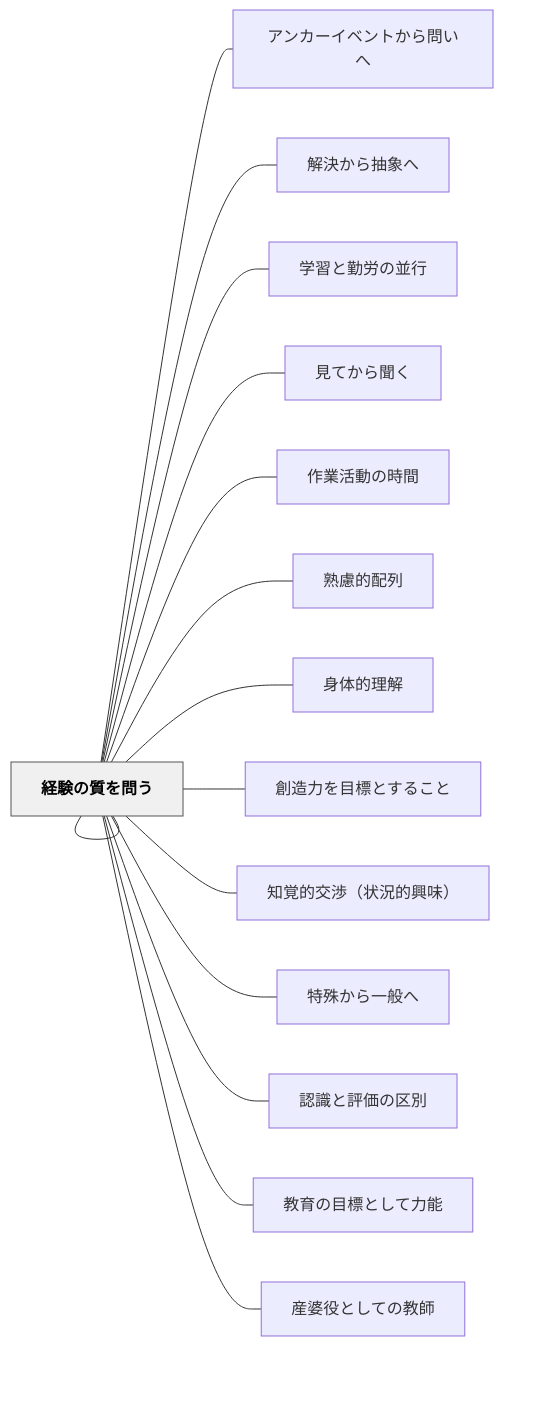
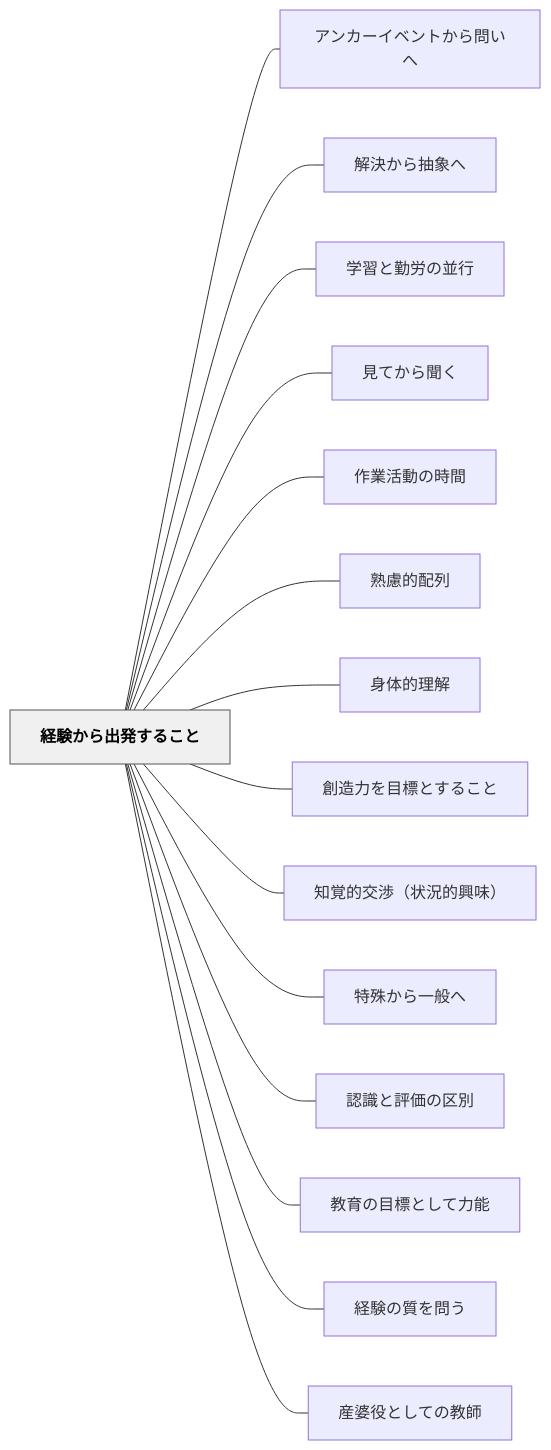
The diagram in content/パタン/経験から出発すること.md (unknownthings-ed-patterns/unknownthings-ed-patterns), drawn with Mermaid before and after one commit. The commit also changed 527 other files, not shown here.

````diff
--- a/content/パタン/経験から出発すること.md
+++ b/content/パタン/経験から出発すること.md
@@ -130,36 +130,36 @@
 ```mermaid
 flowchart LR
-    ne7b58ce9a893["経験から出発すること"]
-    ne382a2e383b3["アンカーイベントから問いへ"]
-    ne8a7a3e6b1ba["解決から抽象へ"]
-    ne5ada6e7bf92["学習と勤労の並行"]
-    ne8a68be381a6["見てから聞く"]
-    ne4bd9ce6a5ad["作業活動の時間"]
-    ne7869fe685ae["熟慮的配列"]
-    ne8baabe4bd93["身体的理解"]
-    ne589b5e980a0["創造力を目標とすること"]
-    ne79fa5e8a69a["知覚的交渉（状況的興味）"]
-    ne789b9e6ae8a["特殊から一般へ"]
-    ne8aa8de8ad98["認識と評価の区別"]
-    ne69599e882b2["教育の目標として力能"]
-    ne7b58ce9a893["経験の質を問う"]
-    ne794a3e5a986["産婆役としての教師"]
+    ne7b58ce9a893e3818be38289e587bae799bae38199e3828be38193e381a8["経験から出発すること"]
+    ne382a2e383b3e382abe383bce382a4e38399e383b3e38388e3818be38289e5958fe38184e381b8["アンカーイベントから問いへ"]
+    ne8a7a3e6b1bae3818be38289e68abde8b1a1e381b8["解決から抽象へ"]
+    ne5ada6e7bf92e381a8e58ba4e58ab4e381aee4b8a6e8a18c["学習と勤労の並行"]
+    ne8a68be381a6e3818be38289e8819ee3818f["見てから聞く"]
+    ne4bd9ce6a5ade6b4bbe58b95e381aee69982e99693["作業活動の時間"]
+    ne7869fe685aee79a84e9858de58897["熟慮的配列"]
+    ne8baabe4bd93e79a84e79086e8a7a3["身体的理解"]
+    ne589b5e980a0e58a9be38292e79baee6a899e381a8e38199e3828be38193e381a8["創造力を目標とすること"]
+    ne79fa5e8a69ae79a84e4baa4e6b889efbc88e78ab6e6b381e79a84e88888e591b3efbc89["知覚的交渉（状況的興味）"]
+    ne789b9e6ae8ae3818be38289e4b880e888ace381b8["特殊から一般へ"]
+    ne8aa8de8ad98e381a8e8a995e4bea1e381aee58cbae588a5["認識と評価の区別"]
+    ne69599e882b2e381aee79baee6a899e381a8e38197e381a6e58a9be883bd["教育の目標として力能"]
+    ne7b58ce9a893e381aee8b3aae38292e5958fe38186["経験の質を問う"]
+    ne794a3e5a986e5bdb9e381a8e38197e381a6e381aee69599e5b8ab["産婆役としての教師"]
 
-    ne7b58ce9a893 --- ne382a2e383b3
-    ne7b58ce9a893 --- ne8a7a3e6b1ba
-    ne7b58ce9a893 --- ne5ada6e7bf92
-    ne7b58ce9a893 --- ne8a68be381a6
-    ne7b58ce9a893 --- ne4bd9ce6a5ad
-    ne7b58ce9a893 --- ne7869fe685ae
-    ne7b58ce9a893 --- ne8baabe4bd93
-    ne7b58ce9a893 --- ne589b5e980a0
-    ne7b58ce9a893 --- ne79fa5e8a69a
-    ne7b58ce9a893 --- ne789b9e6ae8a
-    ne7b58ce9a893 --- ne8aa8de8ad98
-    ne7b58ce9a893 --- ne69599e882b2
-    ne7b58ce9a893 --- ne7b58ce9a893
-    ne7b58ce9a893 --- ne794a3e5a986
+    ne7b58ce9a893e3818be38289e587bae799bae38199e3828be38193e381a8 --- ne382a2e383b3e382abe383bce382a4e38399e383b3e38388e3818be38289e5958fe38184e381b8
+    ne7b58ce9a893e3818be38289e587bae799bae38199e3828be38193e381a8 --- ne8a7a3e6b1bae3818be38289e68abde8b1a1e381b8
+    ne7b58ce9a893e3818be38289e587bae799bae38199e3828be38193e381a8 --- ne5ada6e7bf92e381a8e58ba4e58ab4e381aee4b8a6e8a18c
+    ne7b58ce9a893e3818be38289e587bae799bae38199e3828be38193e381a8 --- ne8a68be381a6e3818be38289e8819ee3818f
+    ne7b58ce9a893e3818be38289e587bae799bae38199e3828be38193e381a8 --- ne4bd9ce6a5ade6b4bbe58b95e381aee69982e99693
+    ne7b58ce9a893e3818be38289e587bae799bae38199e3828be38193e381a8 --- ne7869fe685aee79a84e9858de58897
+    ne7b58ce9a893e3818be38289e587bae799bae38199e3828be38193e381a8 --- ne8baabe4bd93e79a84e79086e8a7a3
+    ne7b58ce9a893e3818be38289e587bae799bae38199e3828be38193e381a8 --- ne589b5e980a0e58a9be38292e79baee6a899e381a8e38199e3828be38193e381a8
+    ne7b58ce9a893e3818be38289e587bae799bae38199e3828be38193e381a8 --- ne79fa5e8a69ae79a84e4baa4e6b889efbc88e78ab6e6b381e79a84e88888e591b3efbc89
+    ne7b58ce9a893e3818be38289e587bae799bae38199e3828be38193e381a8 --- ne789b9e6ae8ae3818be38289e4b880e888ace381b8
+    ne7b58ce9a893e3818be38289e587bae799bae38199e3828be38193e381a8 --- ne8aa8de8ad98e381a8e8a995e4bea1e381aee58cbae588a5
+    ne7b58ce9a893e3818be38289e587bae799bae38199e3828be38193e381a8 --- ne69599e882b2e381aee79baee6a899e381a8e38197e381a6e58a9be883bd
+    ne7b58ce9a893e3818be38289e587bae799bae38199e3828be38193e381a8 --- ne7b58ce9a893e381aee8b3aae38292e5958fe38186
+    ne7b58ce9a893e3818be38289e587bae799bae38199e3828be38193e381a8 --- ne794a3e5a986e5bdb9e381a8e38197e381a6e381aee69599e5b8ab
 
     classDef hub fill:#f0f0f0,stroke:#555,color:#000,font-weight:bold
-    class ne7b58ce9a893 hub
+    class ne7b58ce9a893e3818be38289e587bae799bae38199e3828be38193e381a8 hub
 ```
````
